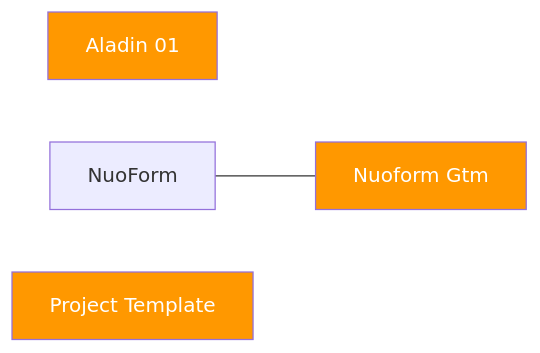
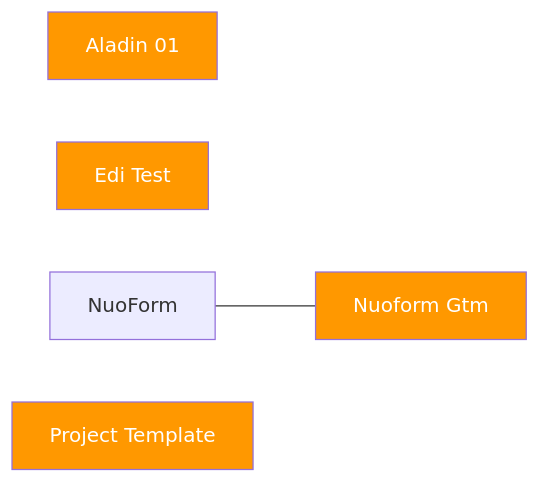
Before and after one commit to Katty-Fashion/kf-cpto: the diagram in docs/dependency-graph.md, drawn with Mermaid. The commit also changed other lines of this file and 6 other files, not shown here.

````diff
--- a/docs/dependency-graph.md
+++ b/docs/dependency-graph.md
@@ -10,10 +10,11 @@
 ```mermaid
 graph LR
     Aladin-01[Aladin 01]:::internal
+    Edi-test[Edi Test]:::internal
     NuoForm---GTM[Nuoform   Gtm]:::internal
     project-template[Project Template]:::internal
 
     classDef saas fill:#4CAF50,color:#fff
     classDef eu fill:#2196F3,color:#fff
     classDef internal fill:#FF9800,color:#fff
 ```
````
